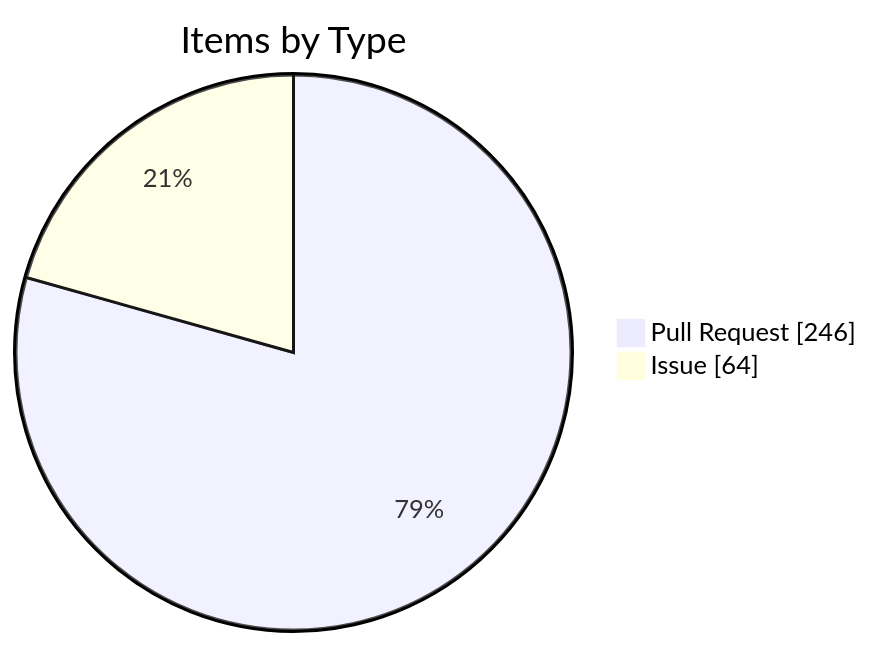
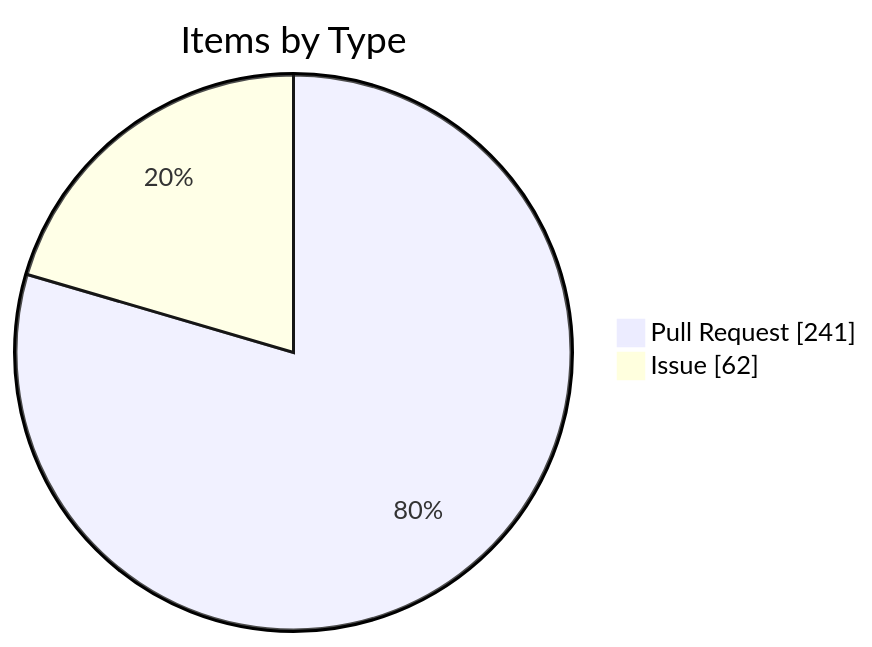
One commit to KBVE/kbve changed the fourth of 4 diagrams in apps/kbve/astro-kbve/src/content/docs/dashboard/kanban-data.mdx. Above: the diagram before and after it, drawn with Mermaid. The commit also changed other lines of this file and 8 other files, not shown here.

````diff
--- a/apps/kbve/astro-kbve/src/content/docs/dashboard/kanban-data.mdx
+++ b/apps/kbve/astro-kbve/src/content/docs/dashboard/kanban-data.mdx
@@ -116,6 +116,6 @@
 ```mermaid
 pie showData
     title Items by Type
-    "Pull Request" : 246
-    "Issue" : 64
+    "Pull Request" : 241
+    "Issue" : 62
 ```
````
